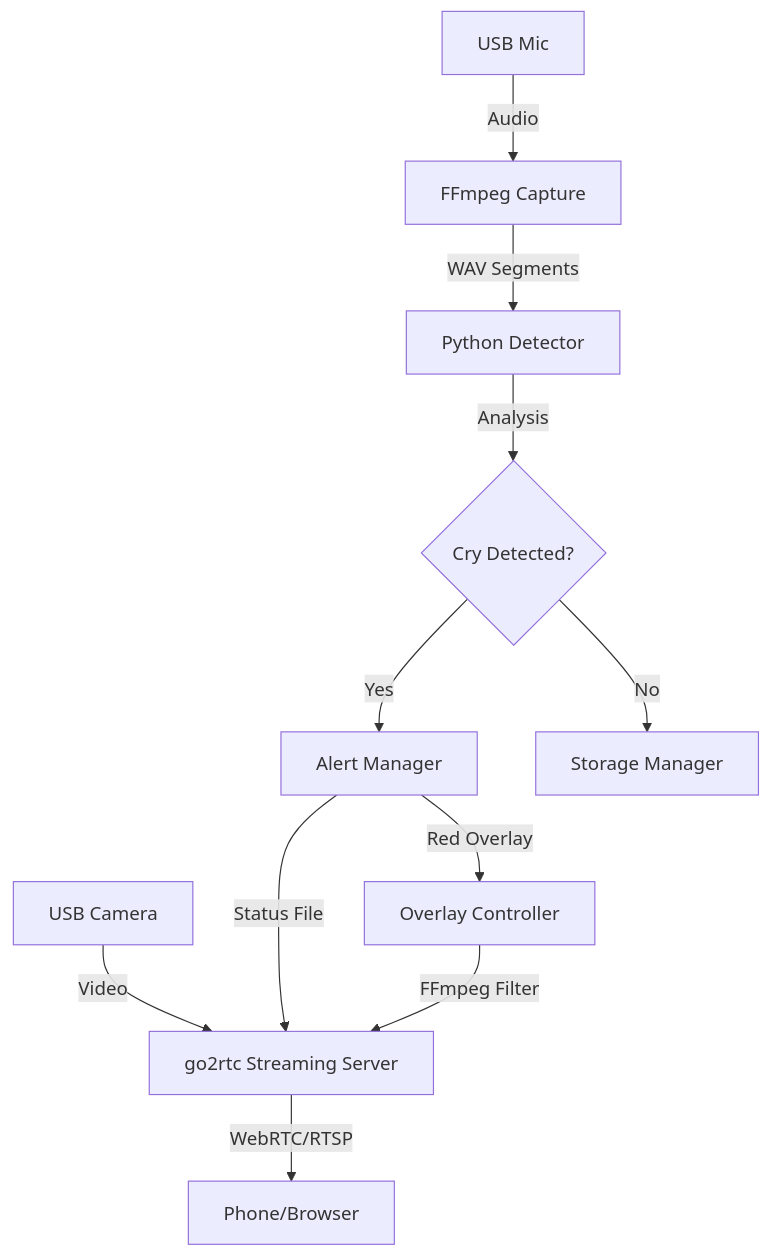
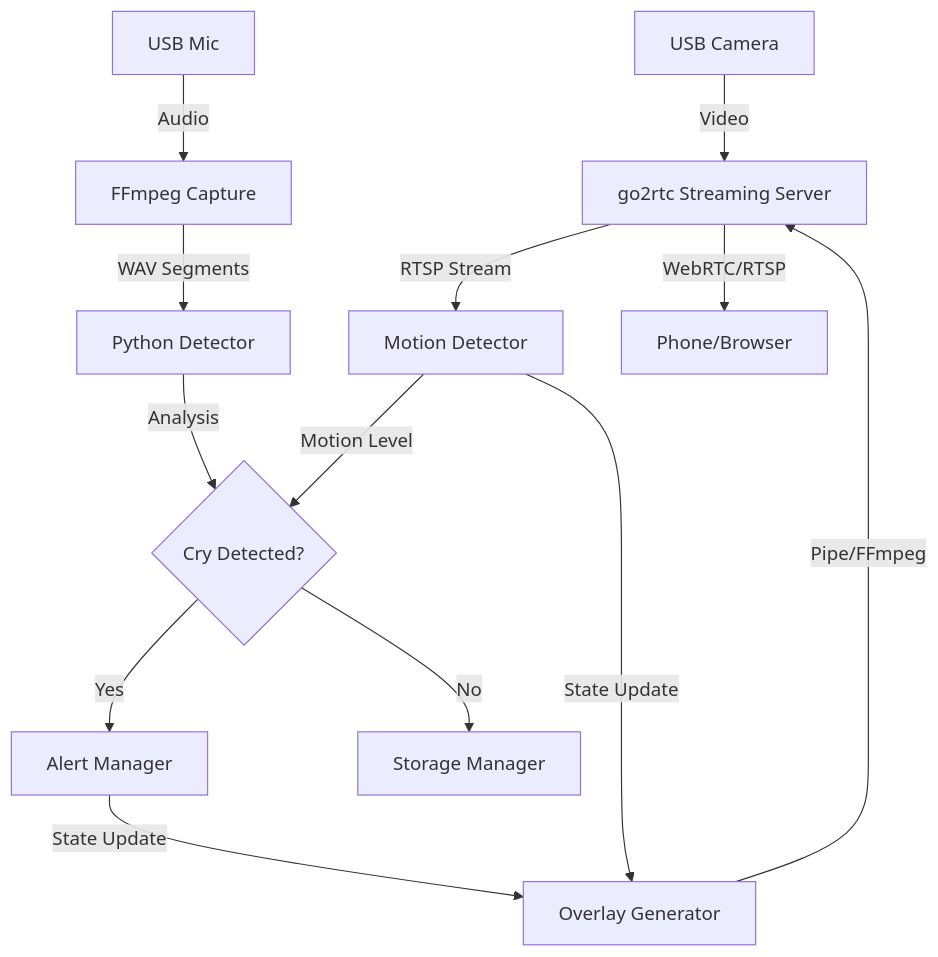
One commit to ArthurVil/bbwatch changed the diagram in README.md. Above: the diagram before and after it, drawn with Mermaid. The commit also changed 8 other files, not shown here.

Commit message:
docs: add architecture and deployment guides, and improve test coverage (>73%)

````diff
--- a/README.md
+++ b/README.md
@@ -141,17 +141,21 @@
 ```mermaid
 graph TD
     Cam[USB Camera] -->|Video| Go2RTC[go2rtc Streaming Server]
     Mic[USB Mic] -->|Audio| FFmpeg[FFmpeg Capture]
     
     FFmpeg -->|WAV Segments| Detector[Python Detector]
+    
+    Go2RTC -->|RTSP Stream| Motion[Motion Detector]
+    
     Detector -->|Analysis| Logic{Cry Detected?}
+    Motion -->|Motion Level| Logic
     
     Logic -->|Yes| Alert[Alert Manager]
     Logic -->|No| Store[Storage Manager]
     
-    Alert -->|Red Overlay| Overlay[Overlay Controller]
-    Alert -->|Status File| Go2RTC
+    Alert -->|State Update| Overlay[Overlay Generator]
+    Motion -->|State Update| Overlay
     
     Go2RTC -->|WebRTC/RTSP| Client[Phone/Browser]
-    Overlay -->|FFmpeg Filter| Go2RTC
+    Overlay -->|Pipe/FFmpeg| Go2RTC
 ```
````
